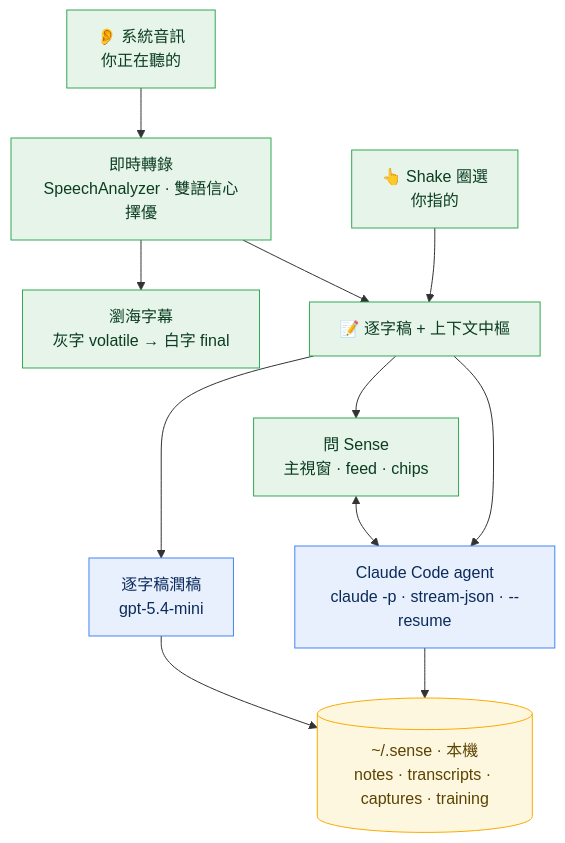
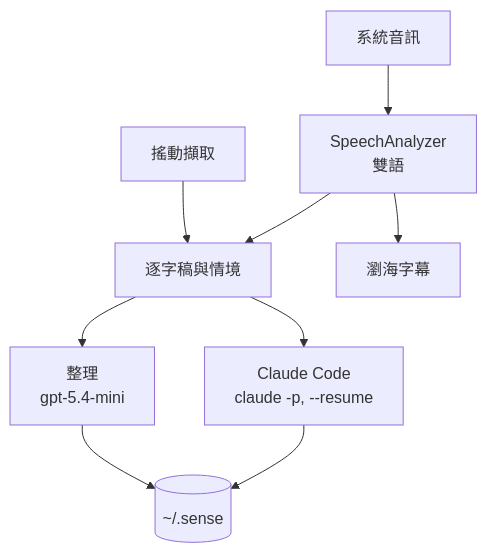
One commit to zyx1121/sense changed the diagram in README.zh-TW.md. Above: the diagram before and after it, drawn with Mermaid. The commit also changed other lines of this file and 4 other files, not shown here.

````diff
--- a/README.zh-TW.md
+++ b/README.zh-TW.md
@@ -32,30 +61,11 @@
 ```mermaid
 flowchart TD
-    ear["👂 系統音訊<br/>你正在聽的"]
-    eye["👆 Shake 圈選<br/>你指的"]
-    asr["即時轉錄<br/>SpeechAnalyzer · 雙語信心擇優"]
-    notch["瀏海字幕<br/>灰字 volatile → 白字 final"]
-    hub["📝 逐字稿 + 上下文中樞"]
-    polish["逐字稿潤稿<br/>gpt-5.4-mini"]
-    agent["Claude Code agent<br/>claude -p · stream-json · --resume"]
-    ui["問 Sense<br/>主視窗 · feed · chips"]
-    disk[("~/.sense · 本機<br/>notes · transcripts · captures · training")]
-
-    ear --> asr
-    asr --> notch
+    ear["系統音訊"] --> asr["SpeechAnalyzer<br/>雙語"]
+    eye["搖動擷取"] --> hub["逐字稿與情境"]
+    asr --> notch["瀏海字幕"]
     asr --> hub
-    eye --> hub
-    hub --> polish
-    hub --> ui
-    ui <--> agent
-    hub --> agent
-    polish --> disk
+    hub --> polish["整理<br/>gpt-5.4-mini"]
+    hub --> agent["Claude Code<br/>claude -p, --resume"]
+    polish --> disk[("~/.sense")]
     agent --> disk
-
-    classDef device fill:#e6f4ea,stroke:#34a853,color:#0b3d20;
-    classDef cloud fill:#e8f0fe,stroke:#4285f4,color:#0b2a5b;
-    classDef store fill:#fef7e0,stroke:#f9ab00,color:#5b4300;
-    class ear,eye,asr,notch,hub,ui device;
-    class polish,agent cloud;
-    class disk store;
 ```
````
